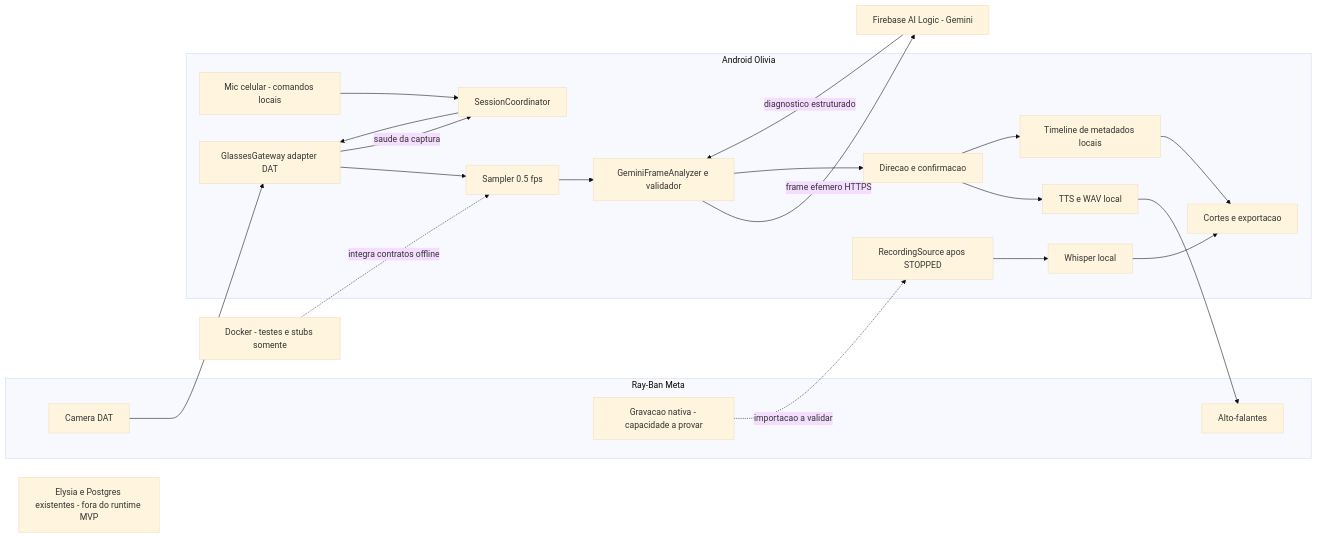
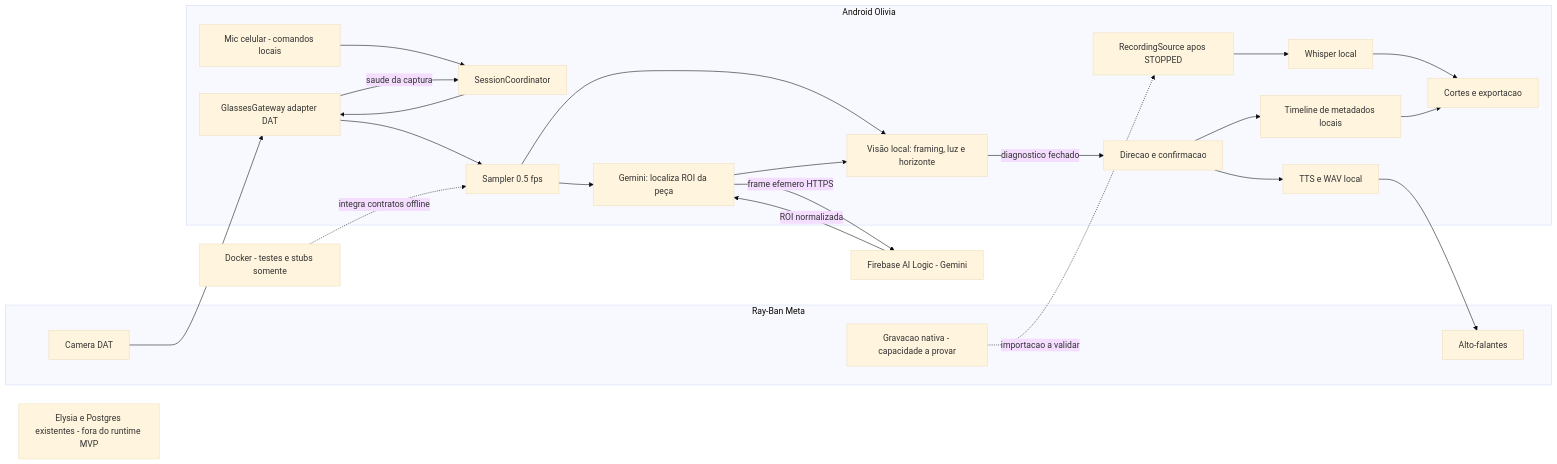
Before and after one commit to albuquerquesz/olivia: the diagram in docs/spec-driven-development/architecture.mmd, drawn with Mermaid (base theme). The commit also changed 57 other files, not shown here.

Commit message:
feat: Refactor vision to ROI + local diagnostics

```diff
--- a/docs/spec-driven-development/architecture.mmd
+++ b/docs/spec-driven-development/architecture.mmd
@@ -1,34 +1,37 @@
 flowchart LR
   subgraph Glasses[Ray-Ban Meta]
     Camera[Camera DAT]
     Native[Gravacao nativa - capacidade a provar]
     Speaker[Alto-falantes]
   end
   subgraph Phone[Android Olivia]
     Voice[Mic celular - comandos locais]
     Session[SessionCoordinator]
     Gateway[GlassesGateway adapter DAT]
     Sampler[Sampler 0.5 fps]
-    Analyzer[GeminiFrameAnalyzer e validador]
+    Locator[Gemini: localiza ROI da peça]
+    LocalVision[Visão local: framing, luz e horizonte]
     Guidance[Direcao e confirmacao]
     Audio[TTS e WAV local]
     Timeline[Timeline de metadados locais]
     Import[RecordingSource apos STOPPED]
     Whisper[Whisper local]
     Cuts[Cortes e exportacao]
   end
   Cloud[Firebase AI Logic - Gemini]
   Voice --> Session
   Session --> Gateway
-  Camera --> Gateway --> Sampler --> Analyzer
-  Analyzer -->|frame efemero HTTPS| Cloud
-  Cloud -->|diagnostico estruturado| Analyzer
-  Analyzer --> Guidance --> Audio --> Speaker
+  Camera --> Gateway --> Sampler --> Locator
+  Locator -->|frame efemero HTTPS| Cloud
+  Cloud -->|ROI normalizada| Locator
+  Sampler --> LocalVision
+  Locator --> LocalVision
+  LocalVision -->|diagnostico fechado| Guidance --> Audio --> Speaker
   Gateway -->|saude da captura| Session
   Guidance --> Timeline
   Native -.->|importacao a validar| Import
   Import --> Whisper --> Cuts
   Timeline --> Cuts
   Lab[Docker - testes e stubs somente]
   Lab -.->|integra contratos offline| Sampler
   Legacy[Elysia e Postgres existentes - fora do runtime MVP]
```
